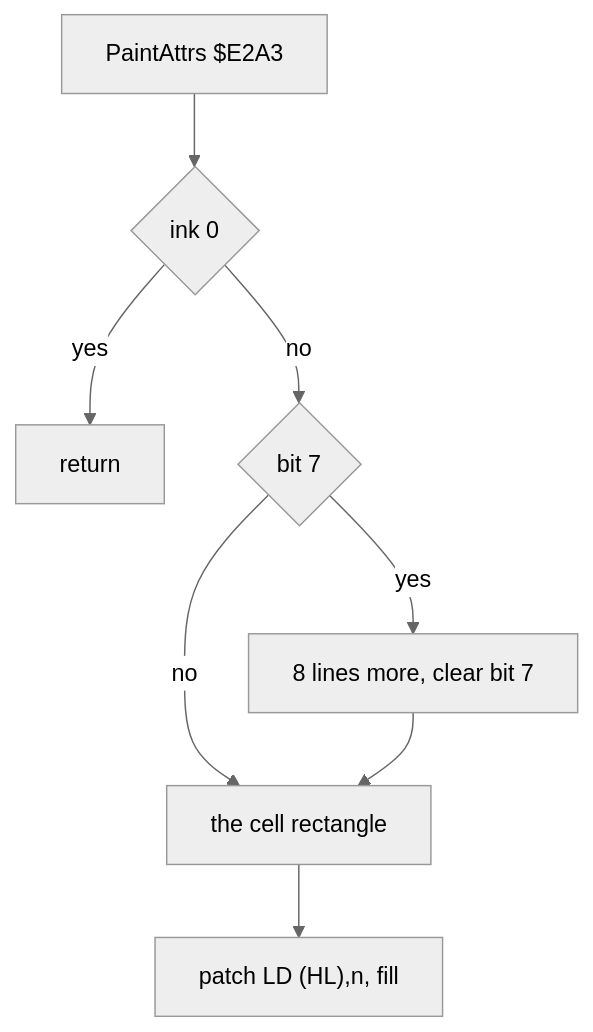
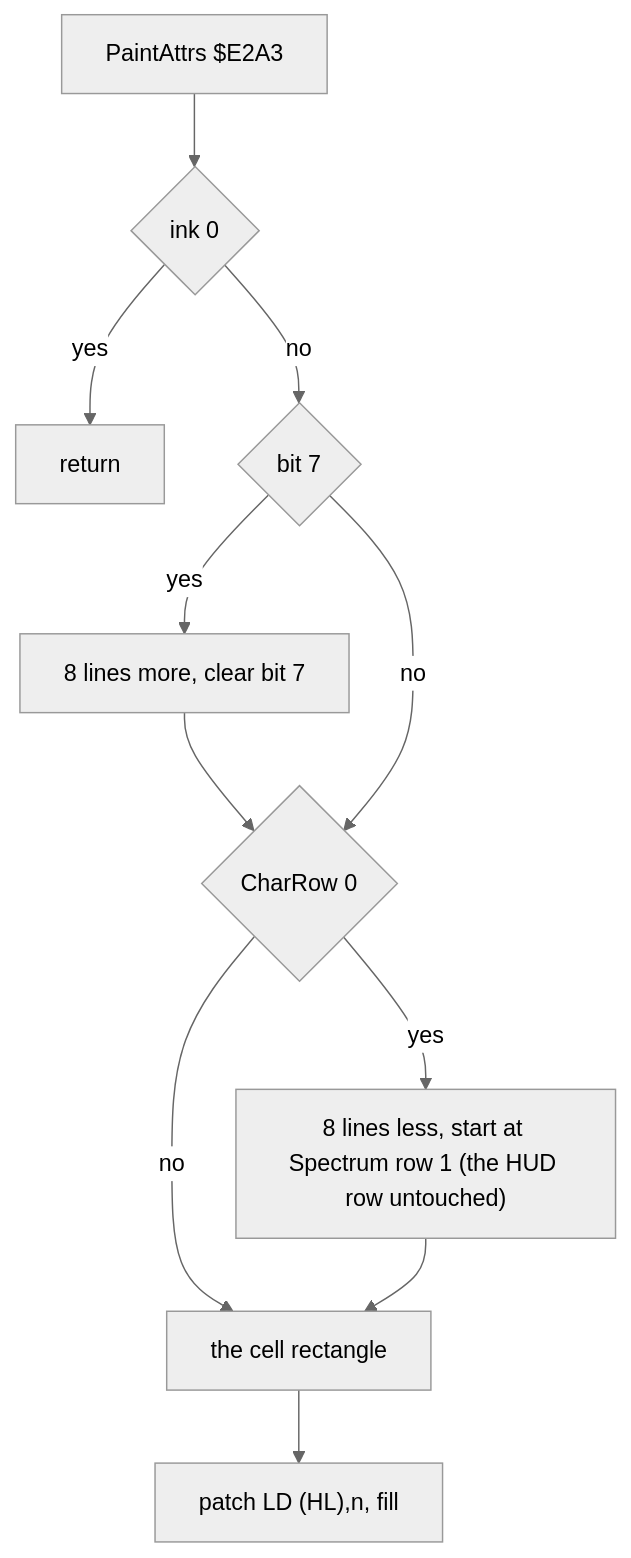
The third of 6 diagrams in games/bumpy/docs/06-rendering.md (alfishe/unrealng-reverse-cases), drawn with Mermaid (neutral theme) before and after one commit. The commit also changed other lines of this file and 33 other files, not shown here.

````diff
--- a/games/bumpy/docs/06-rendering.md
+++ b/games/bumpy/docs/06-rendering.md
@@ -308,10 +316,14 @@
 ```mermaid
 flowchart TD
     A["PaintAttrs $E2A3"] --> B{"ink 0"}
     B -- yes --> R["return"]
     B -- no --> C{"bit 7"}
     C -- yes --> D["8 lines more, clear bit 7"]
-    C -- no --> E["the cell rectangle"]
-    D --> E
+    E["the cell rectangle"]
+    D --> G{"CharRow 0"}
+    C -- no --> G
+    G -- yes --> H["8 lines less, start at Spectrum row 1 (the HUD row untouched)"]
+    G -- no --> E
+    H --> E
     E --> F["patch LD (HL),n, fill"]
 ```
````
